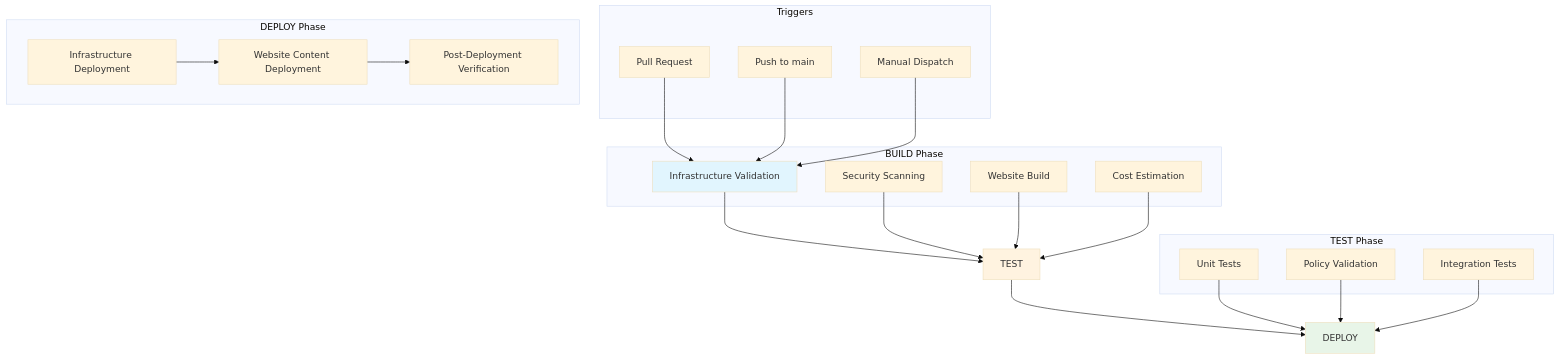
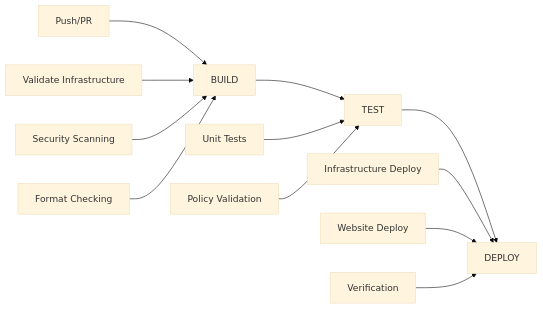
Before and after one commit to Celtikill/static-site: the second of 2 diagrams in README.md, drawn with Mermaid (base theme). The commit also changed other lines of this file and 4 other files, not shown here.

Commit message:
more unit test, docs update

````diff
--- a/README.md
+++ b/README.md
@@ -243,48 +181,17 @@
 ```mermaid
-graph TB
-    subgraph "Triggers"
-        PR[Pull Request]
-        PUSH[Push to main]
-        MANUAL[Manual Dispatch]
-    end
+graph LR
+    A[Push/PR] --> B[BUILD]
+    B --> C[TEST]
+    C --> D[DEPLOY]
     
-    subgraph "BUILD Phase"
-        BUILD[Infrastructure Validation]
-        SECURITY[Security Scanning]
-        WEBSITE[Website Build]
-        COST[Cost Estimation]
-    end
+    B1[Validate Infrastructure] --> B
+    B2[Security Scanning] --> B
+    B3[Format Checking] --> B
     
-    subgraph "TEST Phase"
-        UNIT[Unit Tests]
-        POLICY[Policy Validation]
-        INTEGRATION[Integration Tests]
-    end
+    C1[Unit Tests] --> C
+    C2[Policy Validation] --> C
     
-    subgraph "DEPLOY Phase"
-        INFRA[Infrastructure Deployment]
-        CONTENT[Website Content Deployment]
-        VERIFY[Post-Deployment Verification]
-    end
-    
-    PR --> BUILD
-    PUSH --> BUILD
-    MANUAL --> BUILD
-    
-    BUILD --> TEST
-    SECURITY --> TEST
-    WEBSITE --> TEST
-    COST --> TEST
-    
-    TEST --> DEPLOY
-    UNIT --> DEPLOY
-    POLICY --> DEPLOY
-    INTEGRATION --> DEPLOY
-    
-    INFRA --> CONTENT
-    CONTENT --> VERIFY
-    
-    style BUILD fill:#e1f5fe
-    style TEST fill:#fff3e0
-    style DEPLOY fill:#e8f5e8
+    D1[Infrastructure Deploy] --> D
+    D2[Website Deploy] --> D
+    D3[Verification] --> D
 ```
````
